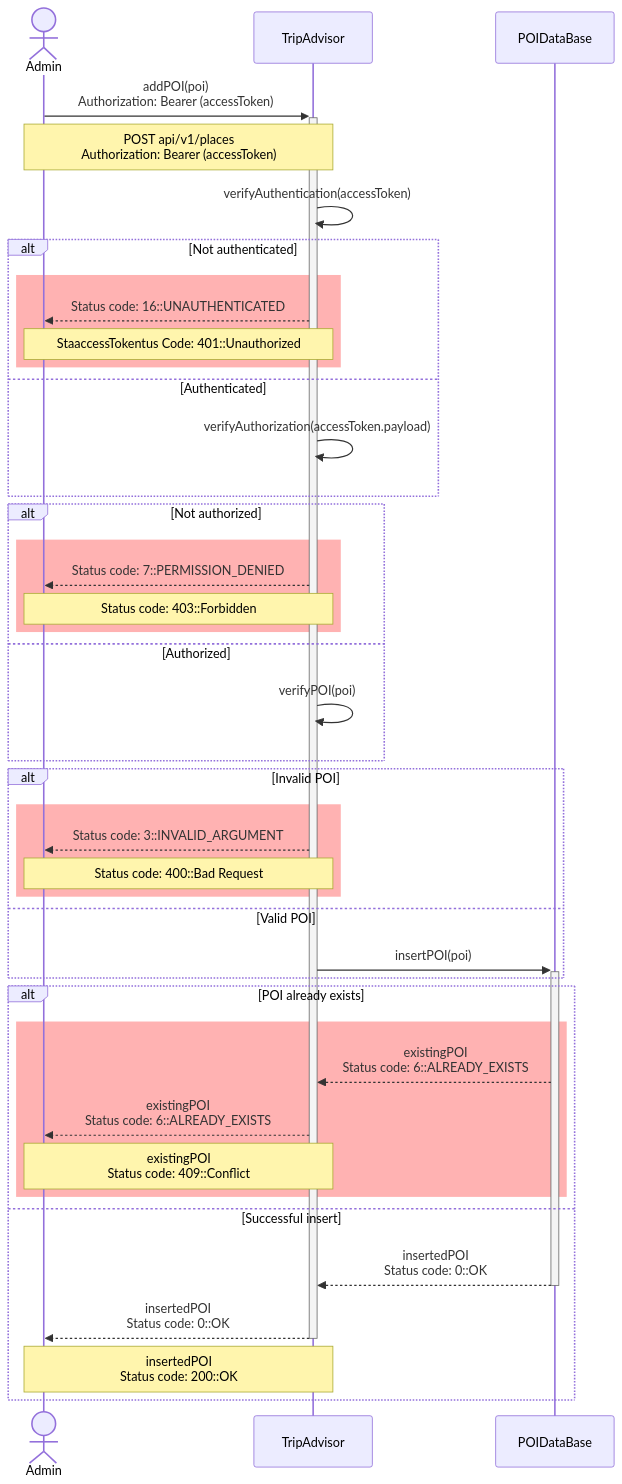
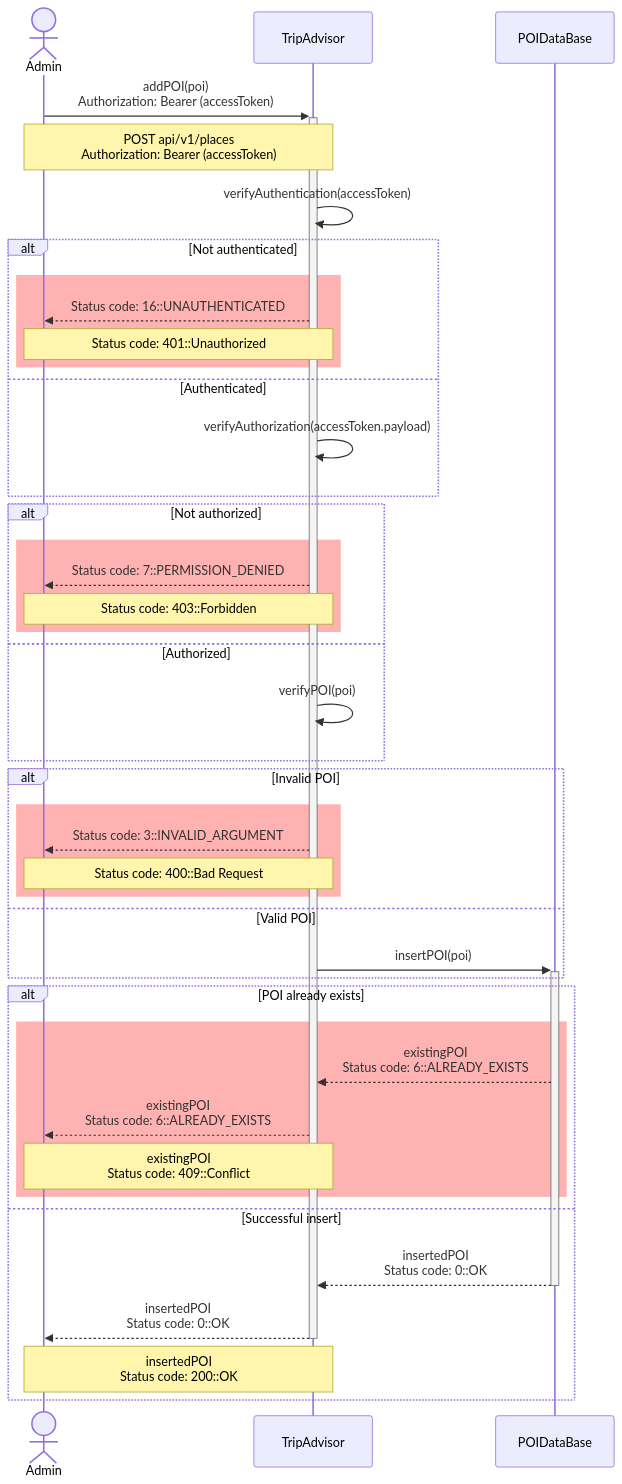
One commit to d-kv/backend-travel-app changed the diagram in docs/uml/src/add_poi.mmd. Above: the diagram before and after it, drawn with Mermaid. The commit also changed 1 other file, not shown here.

Commit message:
docs(uml): fix typos

```diff
--- a/docs/uml/src/add_poi.mmd
+++ b/docs/uml/src/add_poi.mmd
@@ -1,47 +1,47 @@
 sequenceDiagram
 	actor Admin as Admin
 	participant Trip as TripAdvisor
 	participant DB as POIDataBase
 
 	Admin->>+Trip: addPOI(poi)<br/>Authorization: Bearer (accessToken)
 	Note over Admin,Trip: POST api/v1/places<br/>Authorization: Bearer (accessToken)
 
 		Trip->>Trip: verifyAuthentication(accessToken)
 		alt Not authenticated
 			rect rgba(255, 0, 0, 0.3)
 				Trip-->>Admin: Status code: 16::UNAUTHENTICATED
-				Note over Admin,Trip: StaaccessTokentus Code: 401::Unauthorized
+				Note over Admin,Trip: Status code: 401::Unauthorized
 			end
 		else Authenticated
 			Trip->>Trip: verifyAuthorization(accessToken.payload)
 		end
 		alt Not authorized
 			rect rgba(255, 0, 0, 0.3)
 				Trip-->>Admin: Status code: 7::PERMISSION_DENIED
 				Note over Admin,Trip: Status code: 403::Forbidden
 			end
 		else Authorized
 			Trip->>Trip: verifyPOI(poi)
 		end
 
 		alt Invalid POI
 			rect rgba(255, 0, 0, 0.3)
 				Trip-->>Admin: Status code: 3::INVALID_ARGUMENT
 				Note over Admin,Trip: Status code: 400::Bad Request
 			end
 
 		else Valid POI
 			Trip->>+DB: insertPOI(poi)
 		end
 
 		alt POI already exists
 			rect rgba(255, 0, 0, 0.3)
 				DB-->>Trip: existingPOI<br/>Status code: 6::ALREADY_EXISTS
 				Trip-->>Admin: existingPOI<br/>Status code: 6::ALREADY_EXISTS
 				Note over Admin,Trip: existingPOI<br/>Status code: 409::Conflict
 			end
 		else Successful insert
 			DB-->>-Trip: insertedPOI<br/>Status code: 0::OK
 			Trip-->>-Admin: insertedPOI<br/>Status code: 0::OK
 			Note over Admin,Trip: insertedPOI<br/>Status code: 200::OK
 		end
```
